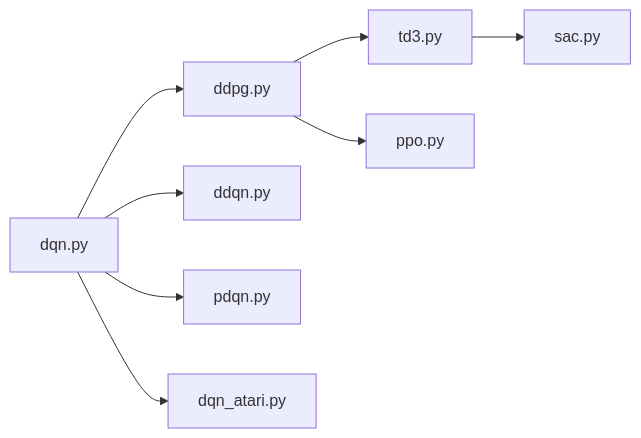
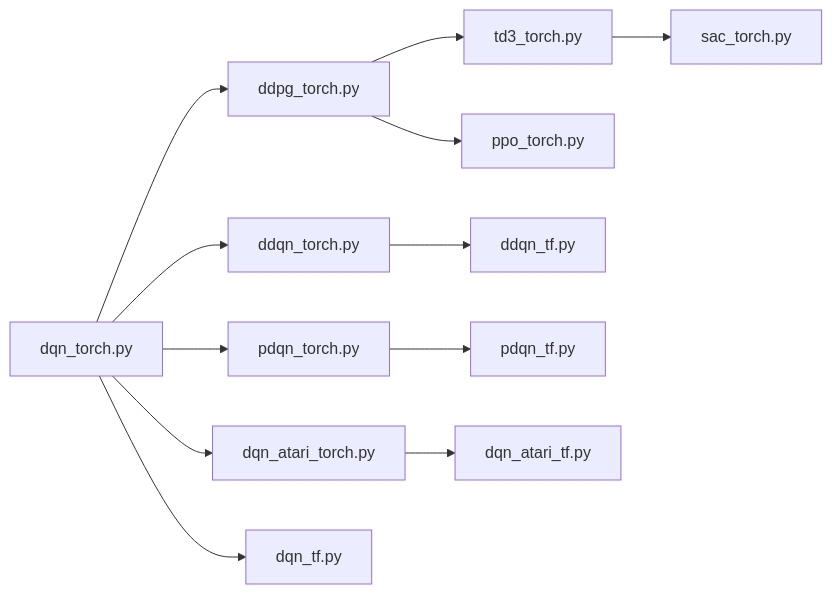
Before and after one commit to sdpkjc/abcdrl: the diagram in docs/features.en.md, drawn with Mermaid. The commit also changed 73 other files, not shown here.

````diff
--- a/docs/features.en.md
+++ b/docs/features.en.md
@@ -12,10 +12,14 @@
     ``` mermaid
     graph LR
-    A[dqn.py] -->B[ddpg.py];
-    B -->C[td3.py];
-    C -->D[sac.py];
-    B -->E[ppo.py];
-    A -->F[ddqn.py];
-    A -->G[pdqn.py];
-    A -->H[dqn_atari.py];
+    A[dqn_torch.py] -->B[ddpg_torch.py];
+    B -->C[td3_torch.py];
+    C -->D[sac_torch.py];
+    B -->E[ppo_torch.py];
+    A -->F[ddqn_torch.py];
+    A -->G[pdqn_torch.py];
+    A -->H[dqn_atari_torch.py];
+    A -->I[dqn_tf.py];
+    F -->J[ddqn_tf.py];
+    G -->K[pdqn_tf.py];
+    H -->L[dqn_atari_tf.py];
     ```
````
